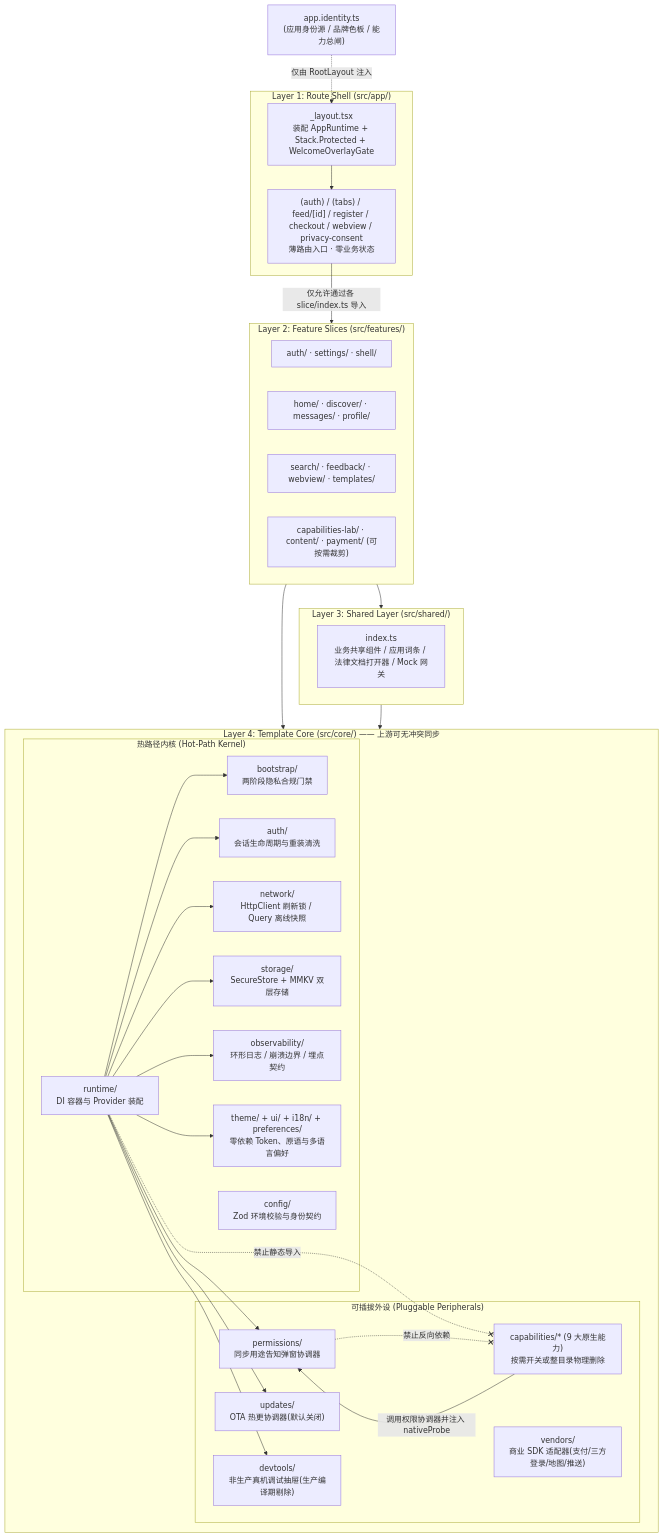
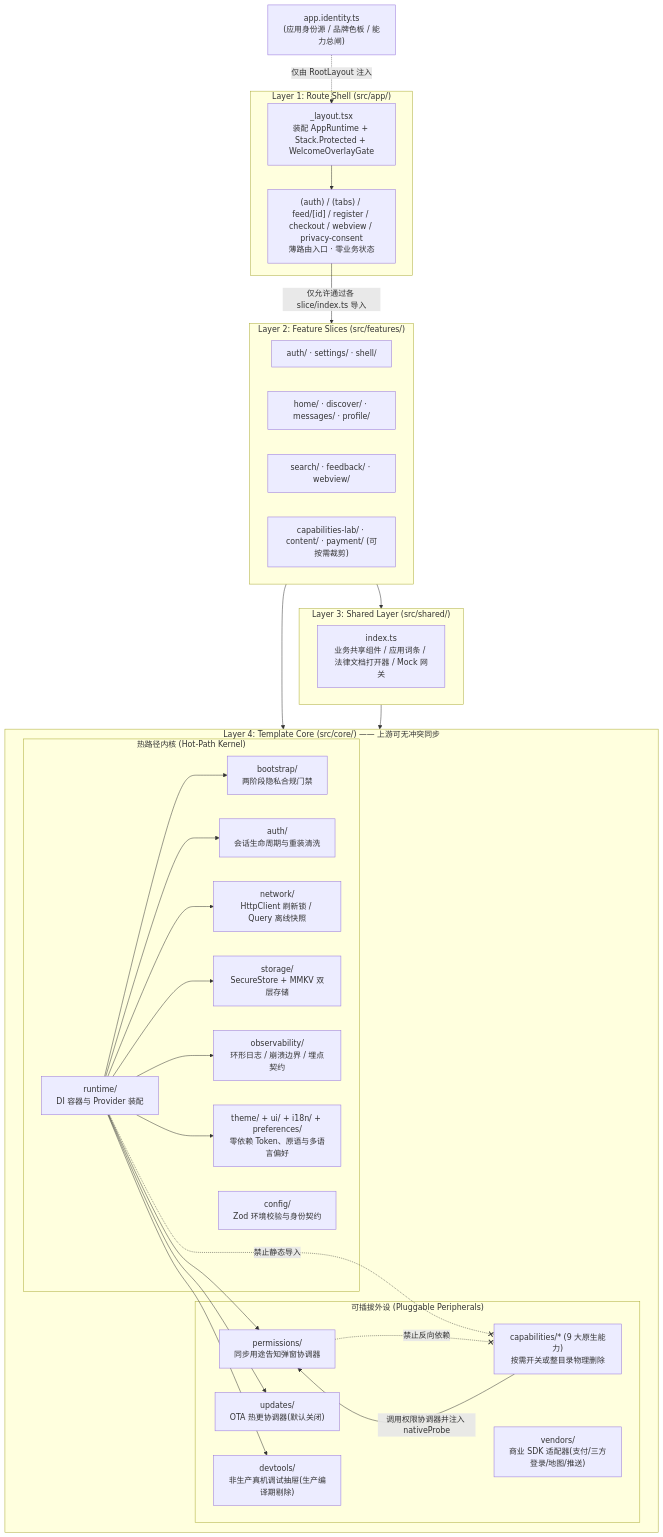
The first of 3 diagrams in docs/ARCHITECTURE.md (caixingorg/reactnative-zero), drawn with Mermaid before and after one commit. The commit also changed other lines of this file and 32 other files, not shown here.

````diff
--- a/docs/ARCHITECTURE.md
+++ b/docs/ARCHITECTURE.md
@@ -27,54 +27,54 @@
 ```mermaid
 flowchart TB
   Identity["app.identity.ts<br/>(应用身份源 / 品牌色板 / 能力总闸)"]
 
   subgraph AppLayer["Layer 1: Route Shell (src/app/)"]
     RootLayout["_layout.tsx<br/>装配 AppRuntime + Stack.Protected + WelcomeOverlayGate"]
     Routes["(auth) / (tabs) / feed/[id] / register / checkout / webview / privacy-consent<br/>薄路由入口 · 零业务状态"]
   end
 
   subgraph FeatureLayer["Layer 2: Feature Slices (src/features/)"]
     FAuth["auth/ · settings/ · shell/"]
     FHome["home/ · discover/ · messages/ · profile/"]
-    FOther["search/ · feedback/ · webview/ · templates/"]
+    FOther["search/ · feedback/ · webview/"]
     FLab["capabilities-lab/ · content/ · payment/ (可按需裁剪)"]
   end
 
   subgraph SharedLayer["Layer 3: Shared Layer (src/shared/)"]
     SharedIdx["index.ts<br/>业务共享组件 / 应用词条 / 法律文档打开器 / Mock 网关"]
   end
 
   subgraph CoreLayer["Layer 4: Template Core (src/core/) —— 上游可无冲突同步"]
     subgraph HotPath["热路径内核 (Hot-Path Kernel)"]
       Runtime["runtime/<br/>DI 容器与 Provider 装配"]
       Config["config/<br/>Zod 环境校验与身份契约"]
       Bootstrap["bootstrap/<br/>两阶段隐私合规门禁"]
       Auth["auth/<br/>会话生命周期与重装清洗"]
       Network["network/<br/>HttpClient 刷新锁 / Query 离线快照"]
       Storage["storage/<br/>SecureStore + MMKV 双层存储"]
       Obs["observability/<br/>环形日志 / 崩溃边界 / 埋点契约"]
       ThemeUI["theme/ + ui/ + i18n/ + preferences/<br/>零依赖 Token、原语与多语言偏好"]
     end
 
     subgraph Pluggable["可插拔外设 (Pluggable Peripherals)"]
       Perms["permissions/<br/>同步用途告知弹窗协调器"]
       Caps["capabilities/* (9 大原生能力)<br/>按需开关或整目录物理删除"]
       Vendors["vendors/<br/>商业 SDK 适配器(支付/三方登录/地图/推送)"]
       Updates["updates/<br/>OTA 热更协调器(默认关闭)"]
       DevTools["devtools/<br/>非生产真机调试抽屉(生产编译期剔除)"]
     end
   end
 
   Identity -.->|"仅由 RootLayout 注入"| RootLayout
   RootLayout --> Routes
   Routes -->|"仅允许通过各 slice/index.ts 导入"| FeatureLayer
   FeatureLayer --> SharedLayer
   FeatureLayer --> CoreLayer
   SharedLayer --> CoreLayer
   Runtime --> Bootstrap & Auth & Network & Storage & Obs & ThemeUI & Perms & Updates & DevTools
   Caps -->|"调用权限协调器并注入 nativeProbe"| Perms
 
   %% 禁止方向说明：ESLint 强制拦截
   Runtime -.-x|"禁止静态导入"| Caps
   Perms -.-x|"禁止反向依赖"| Caps
 ```
````
